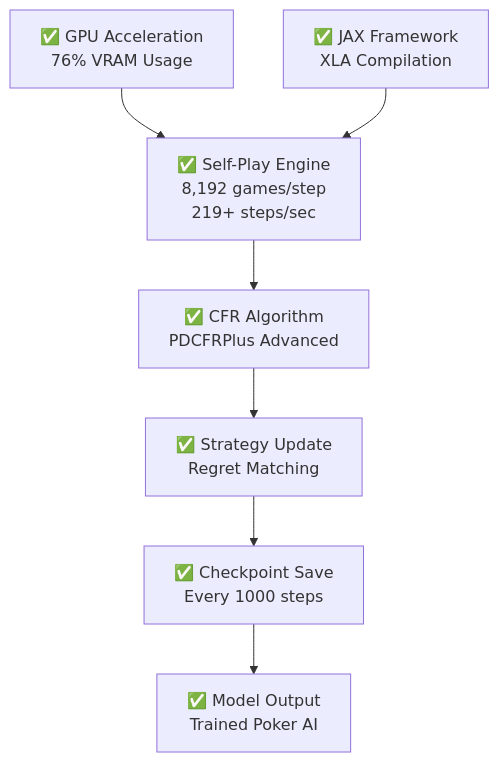
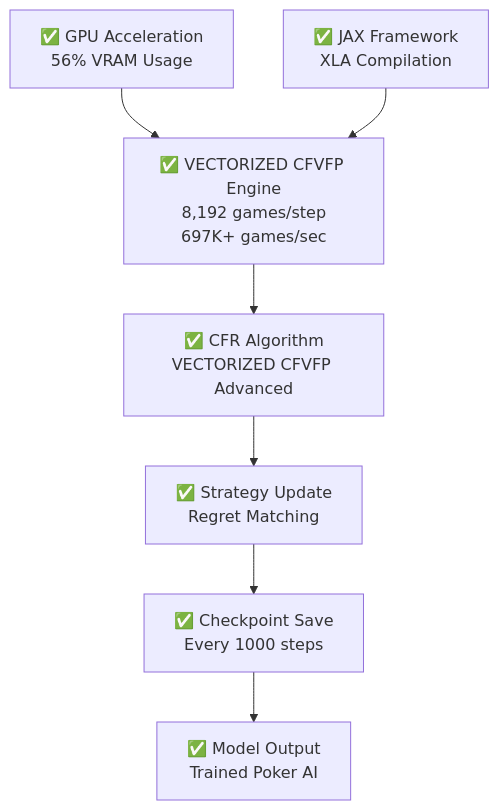
The diagram in README.md (Sn0wfly/PokerTrainer), drawn with Mermaid before and after one commit. The commit also changed other lines of this file, not shown here.

Commit message:
Update README to reflect VECTORIZED CFVFP with 697K+ games/sec performance and 82M games trained

````diff
--- a/README.md
+++ b/README.md
@@ -612,10 +603,10 @@
 ```mermaid
 graph TD
-    A["✅ Self-Play Engine<br/>8,192 games/step<br/>219+ steps/sec"] --> B["✅ CFR Algorithm<br/>PDCFRPlus Advanced"]
+    A["✅ VECTORIZED CFVFP Engine<br/>8,192 games/step<br/>697K+ games/sec"] --> B["✅ CFR Algorithm<br/>VECTORIZED CFVFP Advanced"]
     B --> C["✅ Strategy Update<br/>Regret Matching"]
     C --> D["✅ Checkpoint Save<br/>Every 1000 steps"]
     D --> E["✅ Model Output<br/>Trained Poker AI"]
     
-    F["✅ GPU Acceleration<br/>76% VRAM Usage"] --> A
+    F["✅ GPU Acceleration<br/>56% VRAM Usage"] --> A
     G["✅ JAX Framework<br/>XLA Compilation"] --> A
 ```
````
